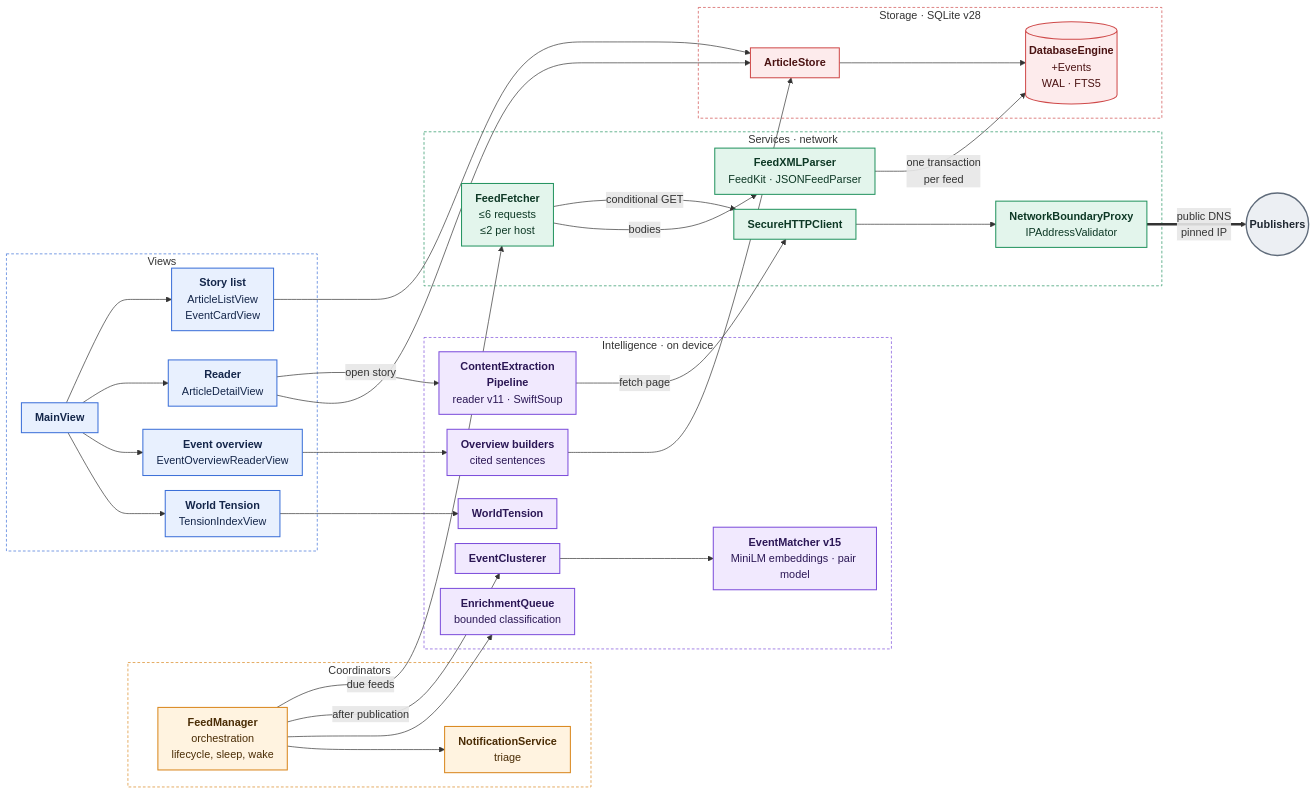
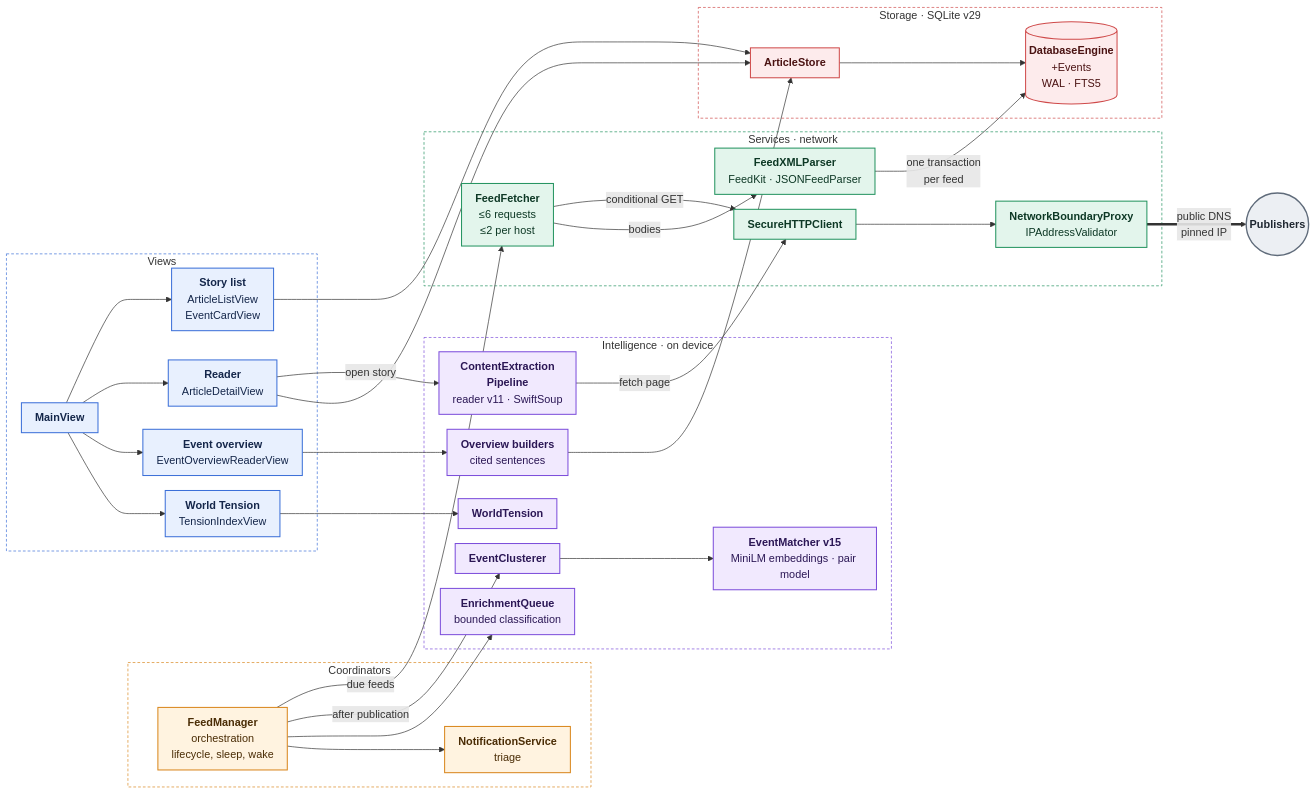
The first of 3 diagrams in docs/ARCHITECTURE.md (marspater/NewsApp-macOS), drawn with Mermaid before and after one commit. The commit also changed other lines of this file and 10 other files, not shown here.

````diff
--- a/docs/ARCHITECTURE.md
+++ b/docs/ARCHITECTURE.md
@@ -22,75 +22,75 @@
 ```mermaid
 %%{init: {"flowchart": {"curve": "basis", "nodeSpacing": 22, "rankSpacing": 44, "padding": 10}}}%%
 flowchart LR
     subgraph Coord["Coordinators"]
         FM["<b>FeedManager</b><br/>orchestration<br/>lifecycle, sleep, wake"]
         NS["<b>NotificationService</b><br/>triage"]
     end
 
     subgraph UI["Views"]
         Main["<b>MainView</b>"]
         List["<b>Story list</b><br/>ArticleListView<br/>EventCardView"]
         Reader["<b>Reader</b><br/>ArticleDetailView"]
         Overview["<b>Event overview</b><br/>EventOverviewReaderView"]
         Tension["<b>World Tension</b><br/>TensionIndexView"]
     end
 
     subgraph Intel["Intelligence · on device"]
         EQ["<b>EnrichmentQueue</b><br/>bounded classification"]
         EC["<b>EventClusterer</b>"]
         EM["<b>EventMatcher v15</b><br/>MiniLM embeddings · pair model"]
         CEP["<b>ContentExtraction<br/>Pipeline</b><br/>reader v11 · SwiftSoup"]
         OV["<b>Overview builders</b><br/>cited sentences"]
         WT["<b>WorldTension</b>"]
     end
 
     subgraph Svc["Services · network"]
         FF["<b>FeedFetcher</b><br/>≤6 requests<br/>≤2 per host"]
         Parse["<b>FeedXMLParser</b><br/>FeedKit · JSONFeedParser"]
         HTTP["<b>SecureHTTPClient</b>"]
         GW["<b>NetworkBoundaryProxy</b><br/>IPAddressValidator"]
     end
 
-    subgraph Store["Storage · SQLite v28"]
+    subgraph Store["Storage · SQLite v29"]
         AS["<b>ArticleStore</b>"]
         DB[("<b>DatabaseEngine</b><br/>+Events<br/>WAL · FTS5")]
     end
 
     Net(("<b>Publishers</b>"))
 
     FM -->|due feeds| FF
     FM -->|after publication| EC
     FM --> EQ & NS
     EC --> EM
     FF -->|conditional GET| HTTP
     FF -->|bodies| Parse
     Parse -->|one transaction<br/>per feed| DB
     Main --> List & Reader & Overview & Tension
     Reader -->|open story| CEP
     CEP -->|fetch page| HTTP
     HTTP --> GW
     GW ==>|public DNS<br/>pinned IP| Net
     Overview --> OV
     OV --> AS
     List & Reader --> AS
     AS --> DB
     Tension --> WT
 
     classDef ui fill:#E8F0FE,stroke:#3B6FD8,stroke-width:1.5px,color:#14264A
     classDef coord fill:#FFF3E0,stroke:#D9861C,stroke-width:1.5px,color:#4A2C05
     classDef intel fill:#F1E9FE,stroke:#7C4DDB,stroke-width:1.5px,color:#2B1755
     classDef svc fill:#E3F5EC,stroke:#23935F,stroke-width:1.5px,color:#0D3825
     classDef store fill:#FDEBEC,stroke:#CF4A4A,stroke-width:1.5px,color:#4A1212
     classDef ext fill:#ECEFF3,stroke:#5F6B7A,stroke-width:2px,color:#1E2630
     class Main,List,Reader,Overview,Tension ui
     class FM,NS coord
     class CEP,EQ,EC,EM,OV,WT intel
     class FF,Parse,HTTP,GW svc
     class AS,DB store
     class Net ext
     style UI fill:none,stroke:#3B6FD8,stroke-dasharray:4 3
     style Coord fill:none,stroke:#D9861C,stroke-dasharray:4 3
     style Intel fill:none,stroke:#7C4DDB,stroke-dasharray:4 3
     style Svc fill:none,stroke:#23935F,stroke-dasharray:4 3
     style Store fill:none,stroke:#CF4A4A,stroke-dasharray:4 3
 ```
````
